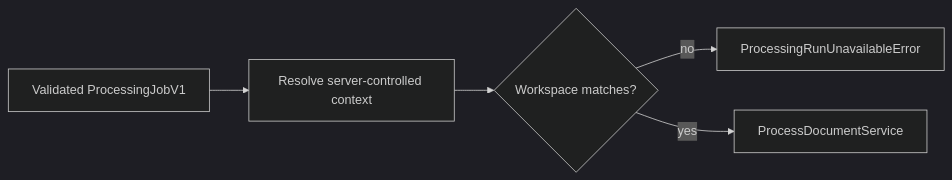
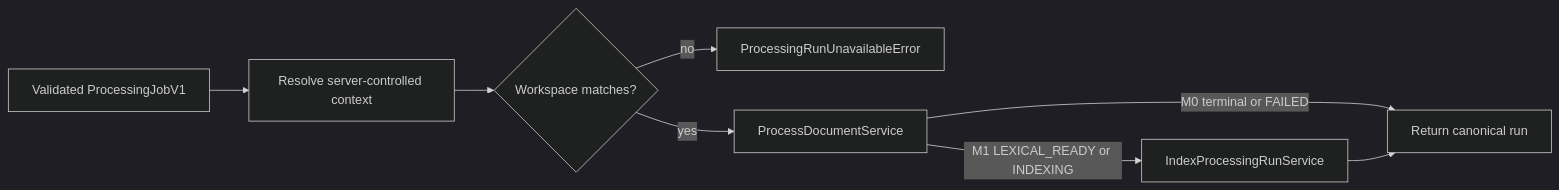
One commit to rnkraus/investment-research changed the fifth of 10 diagrams in backend/src/investment_research/modules/processing/README.md. Above: the diagram before and after it, drawn with Mermaid (dark theme). The commit also changed other lines of this file and 1 other file, not shown here.

````diff
--- a/backend/src/investment_research/modules/processing/README.md
+++ b/backend/src/investment_research/modules/processing/README.md
@@ -155,7 +159,10 @@
 ```mermaid
 flowchart LR
     JOB[Validated ProcessingJobV1] --> CONTEXT[Resolve server-controlled context]
     CONTEXT --> MATCH{Workspace matches?}
     MATCH -->|no| HIDDEN[ProcessingRunUnavailableError]
-    MATCH -->|yes| SERVICE[ProcessDocumentService]
+    MATCH -->|yes| PARSE[ProcessDocumentService]
+    PARSE -->|M0 terminal or FAILED| DONE[Return canonical run]
+    PARSE -->|M1 LEXICAL_READY or INDEXING| INDEX[IndexProcessingRunService]
+    INDEX --> DONE
 ```
````
